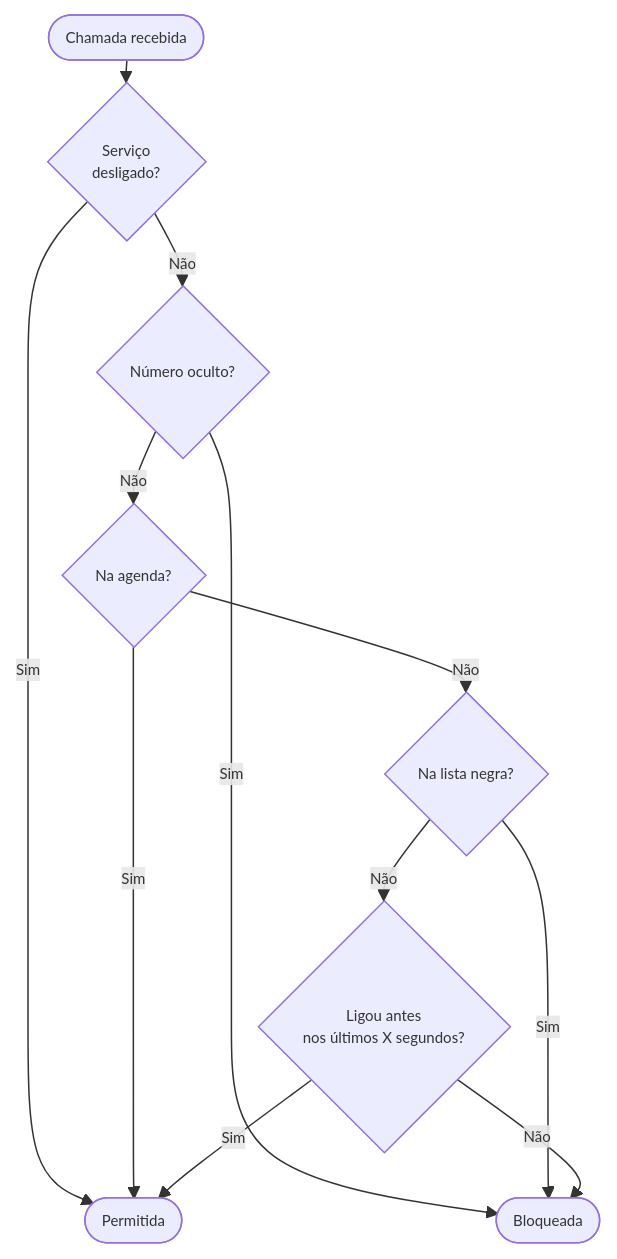
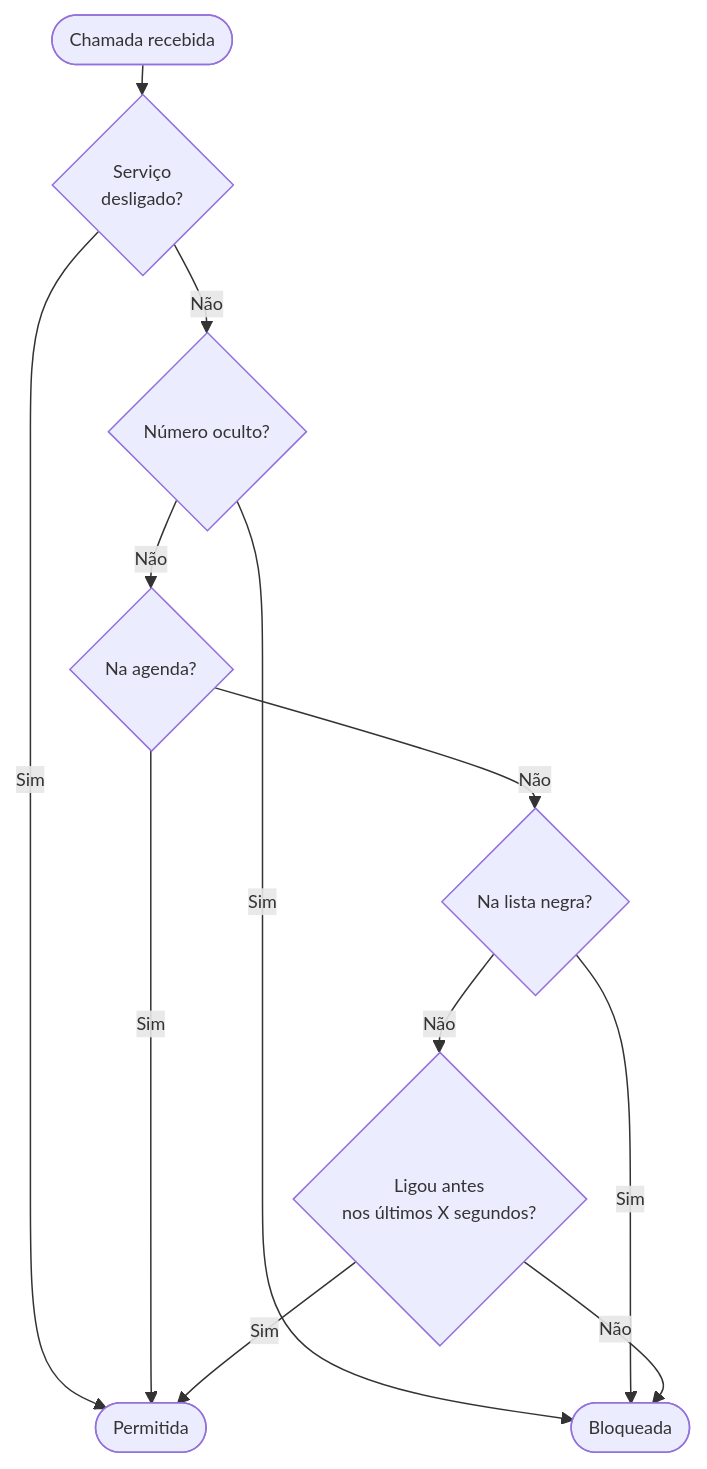
The diagram in README.md (acdcmaia/call-guard), drawn with Mermaid before and after one commit.

Commit message:
docs: adjust flowchart to 12px font and spacing 20

````diff
--- a/README.md
+++ b/README.md
@@ -7,15 +7,15 @@
 ```mermaid
-%%{init: {'flowchart': {'nodeSpacing': 15, 'rankSpacing': 15}, 'themeVariables': {'fontSize': '10px'}}}%%
+%%{init: {'flowchart': {'nodeSpacing': 20, 'rankSpacing': 20}, 'themeVariables': {'fontSize': '12px'}}}%%
 flowchart TD
     A([Chamada recebida]) --> OFF{Serviço\ndesligado?}
     OFF -- Sim --> E([Permitida])
     OFF -- Não --> P{Número oculto?}
     P -- Sim --> C([Bloqueada])
     P -- Não --> CK{Na agenda?}
     CK -- Sim --> E
     CK -- Não --> B{Na lista negra?}
     B -- Sim --> C
     B -- Não --> D{Ligou antes\nnos últimos X segundos?}
     D -- Não --> C
     D -- Sim --> E
 ```
````
